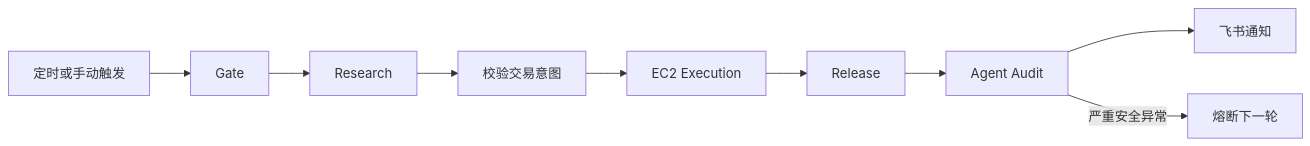
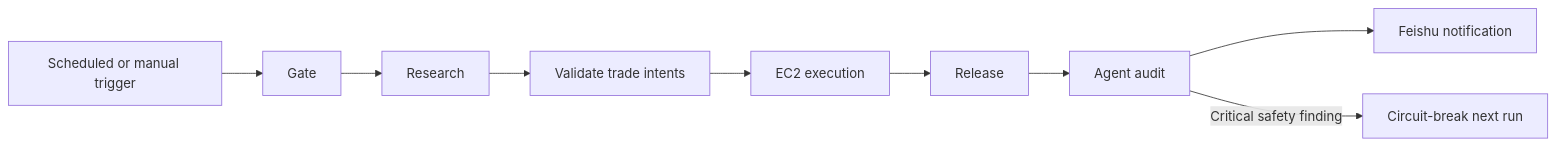
Before and after one commit to YoungY620/swift-public: the diagram in README.md, drawn with Mermaid. The commit also changed other lines of this file and 2 other files, not shown here.

````diff
--- a/README.md
+++ b/README.md
@@ -13,11 +13,11 @@
 ```mermaid
 flowchart LR
-    A[定时或手动触发] --> B[Gate]
+    A[Scheduled or manual trigger] --> B[Gate]
     B --> C[Research]
-    C --> D[校验交易意图]
-    D --> E[EC2 Execution]
+    C --> D[Validate trade intents]
+    D --> E[EC2 execution]
     E --> F[Release]
-    F --> G[Agent Audit]
-    G --> H[飞书通知]
-    G -->|严重安全异常| I[熔断下一轮]
+    F --> G[Agent audit]
+    G --> H[Feishu notification]
+    G -->|Critical safety finding| I[Circuit-break next run]
 ```
````
